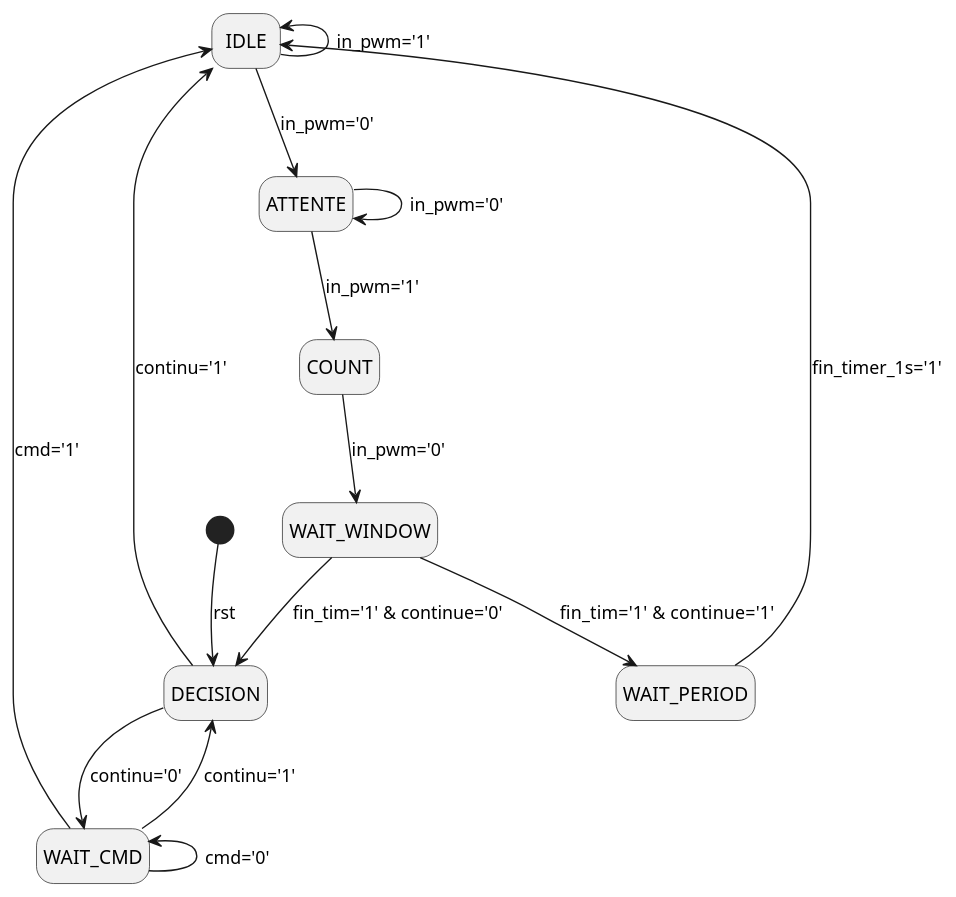
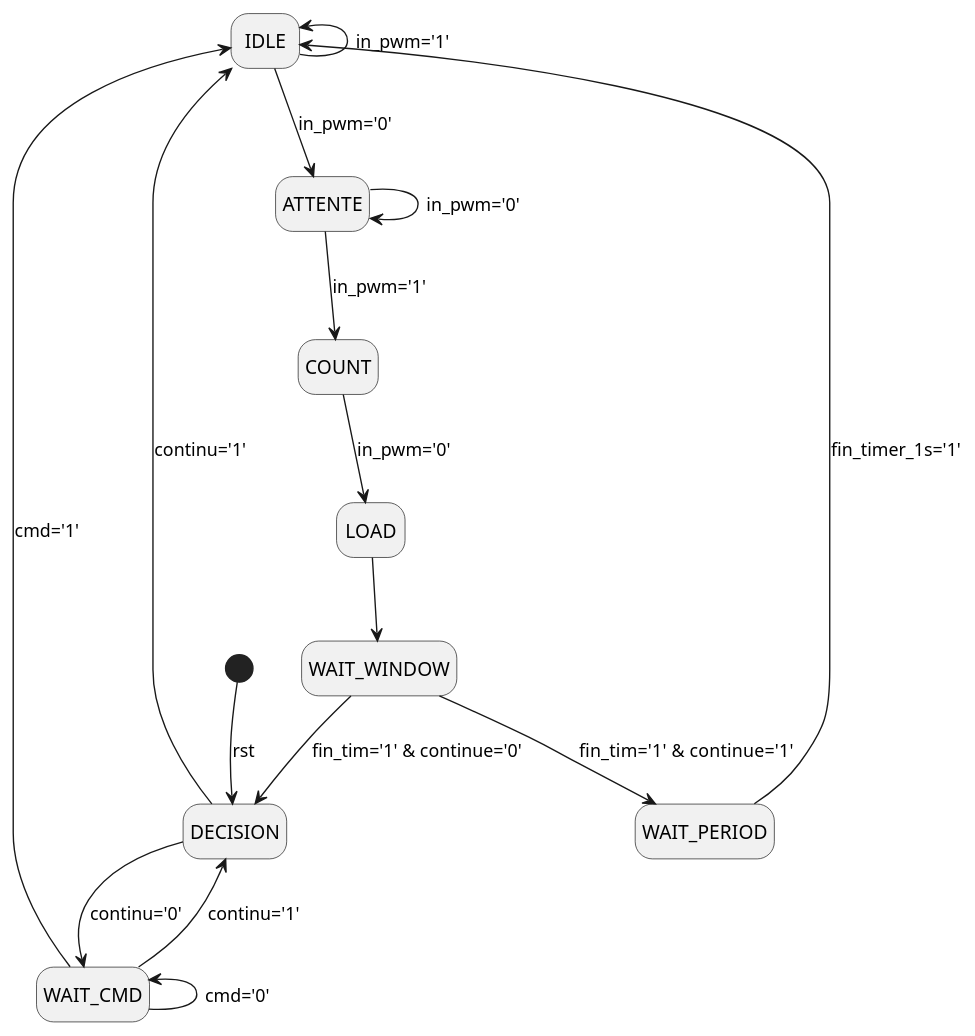
Before and after one commit to dibreyjonatan/Tutorial-on-PlantUML-: the diagram in code_examples/pwm_statemachine.puml, drawn with PlantUML. The commit also changed 1 other file, not shown here.

Commit message:
[DEV] : Machine à état finale retenu pour le compas pwm

```diff
--- a/code_examples/pwm_statemachine.puml
+++ b/code_examples/pwm_statemachine.puml
@@ -1,27 +1,27 @@
 @startuml
 
 hide empty description
 
 [*] --> DECISION : rst 
 DECISION --> WAIT_CMD : continu='0'
 DECISION -left-> IDLE : continu='1'
 
 WAIT_CMD --> DECISION : continu='1'
 WAIT_CMD -left-> WAIT_CMD : cmd='0'
 WAIT_CMD -down-> IDLE : cmd='1'
 
 IDLE -up-> IDLE : in_pwm='1'
 IDLE -down-> ATTENTE : in_pwm='0'
 
 ATTENTE --> ATTENTE : in_pwm='0'
 ATTENTE --> COUNT : in_pwm='1'
 
-COUNT -->  WAIT_WINDOW : in_pwm='0'
-
+COUNT -->  LOAD: in_pwm='0'
+LOAD --> WAIT_WINDOW 
 WAIT_WINDOW --> DECISION :  fin_tim='1' & continue='0'
 WAIT_WINDOW --> WAIT_PERIOD:  fin_tim='1' &  continue='1' 
 
 WAIT_PERIOD --> IDLE : fin_timer_1s='1' 
 
 
 @enduml 
```
